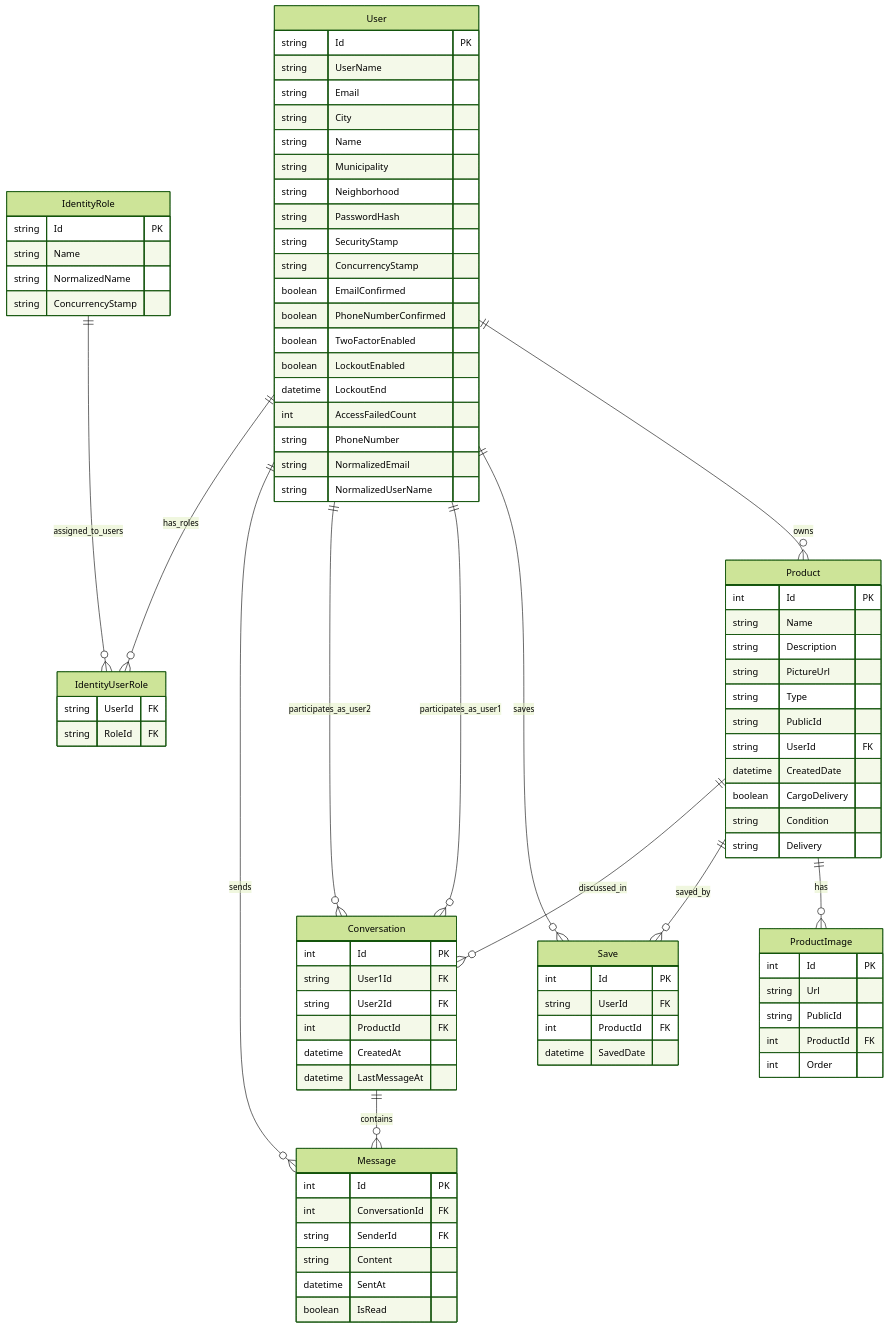
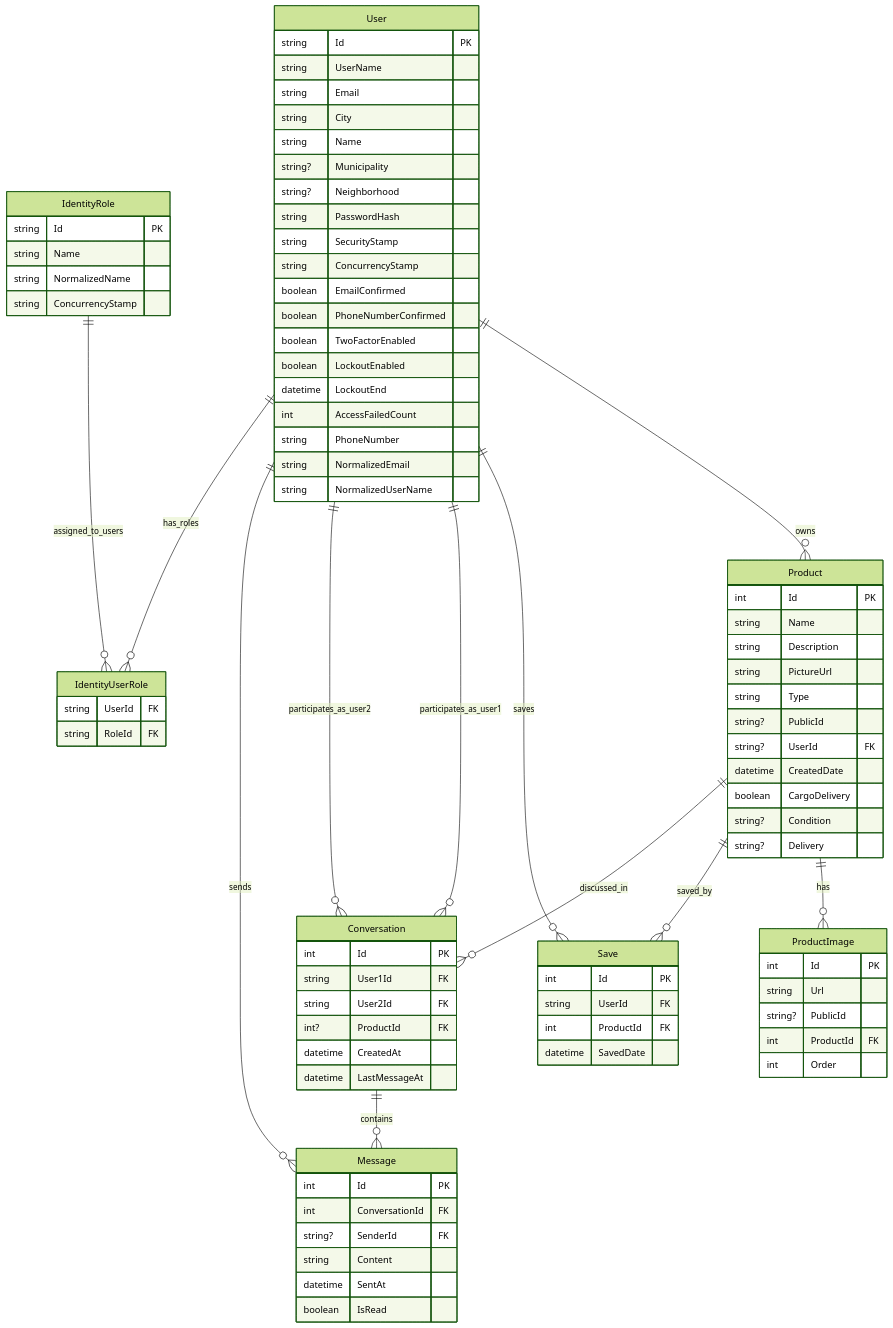
One commit to ananucevska/Restore changed the diagram in ER_Diagram_Complete.md. Above: the diagram before and after it, drawn with Mermaid (forest theme). The commit also changed 2 other files, not shown here.

Commit message:
ER and Initializer types change

```diff
--- a/ER_Diagram_Complete.md
+++ b/ER_Diagram_Complete.md
@@ -8,8 +8,8 @@
         string Email
         string City
         string Name
-        string Municipality
-        string Neighborhood
+        string? Municipality
+        string? Neighborhood
         string PasswordHash
         string SecurityStamp
         string ConcurrencyStamp
@@ -30,18 +30,18 @@
         string Description
         string PictureUrl
         string Type
-        string PublicId
-        string UserId FK
+        string? PublicId
+        string? UserId FK
         datetime CreatedDate
         boolean CargoDelivery
-        string Condition
-        string Delivery
+        string? Condition
+        string? Delivery
     }
     
     ProductImage {
         int Id PK
         string Url
-        string PublicId
+        string? PublicId
         int ProductId FK
         int Order
     }
@@ -58,7 +58,7 @@
         int Id PK
         string User1Id FK
         string User2Id FK
-        int ProductId FK
+        int? ProductId FK
         datetime CreatedAt
         datetime LastMessageAt
     }
@@ -66,7 +66,7 @@
     Message {
         int Id PK
         int ConversationId FK
-        string SenderId FK
+        string? SenderId FK
         string Content
         datetime SentAt
         boolean IsRead
```
